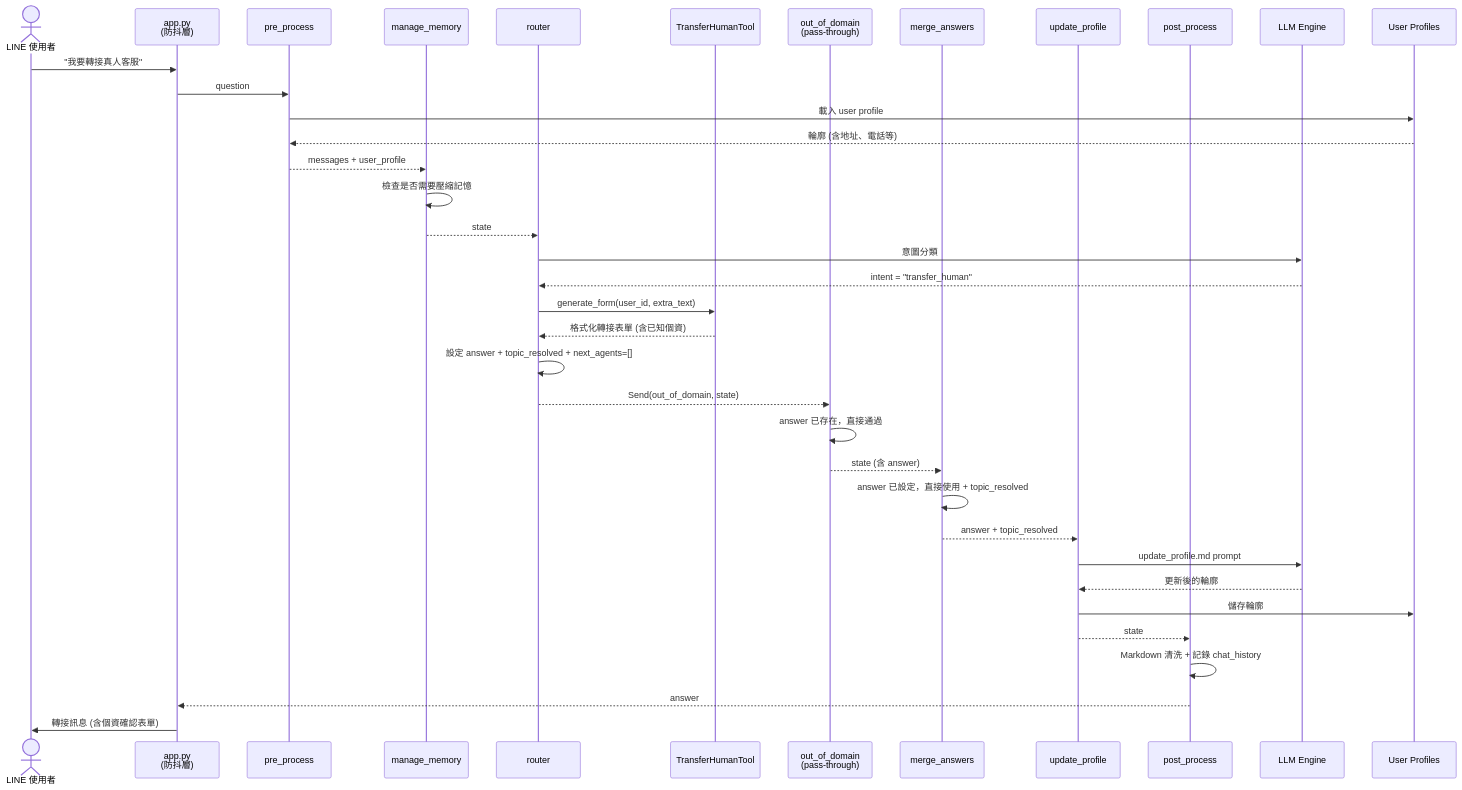
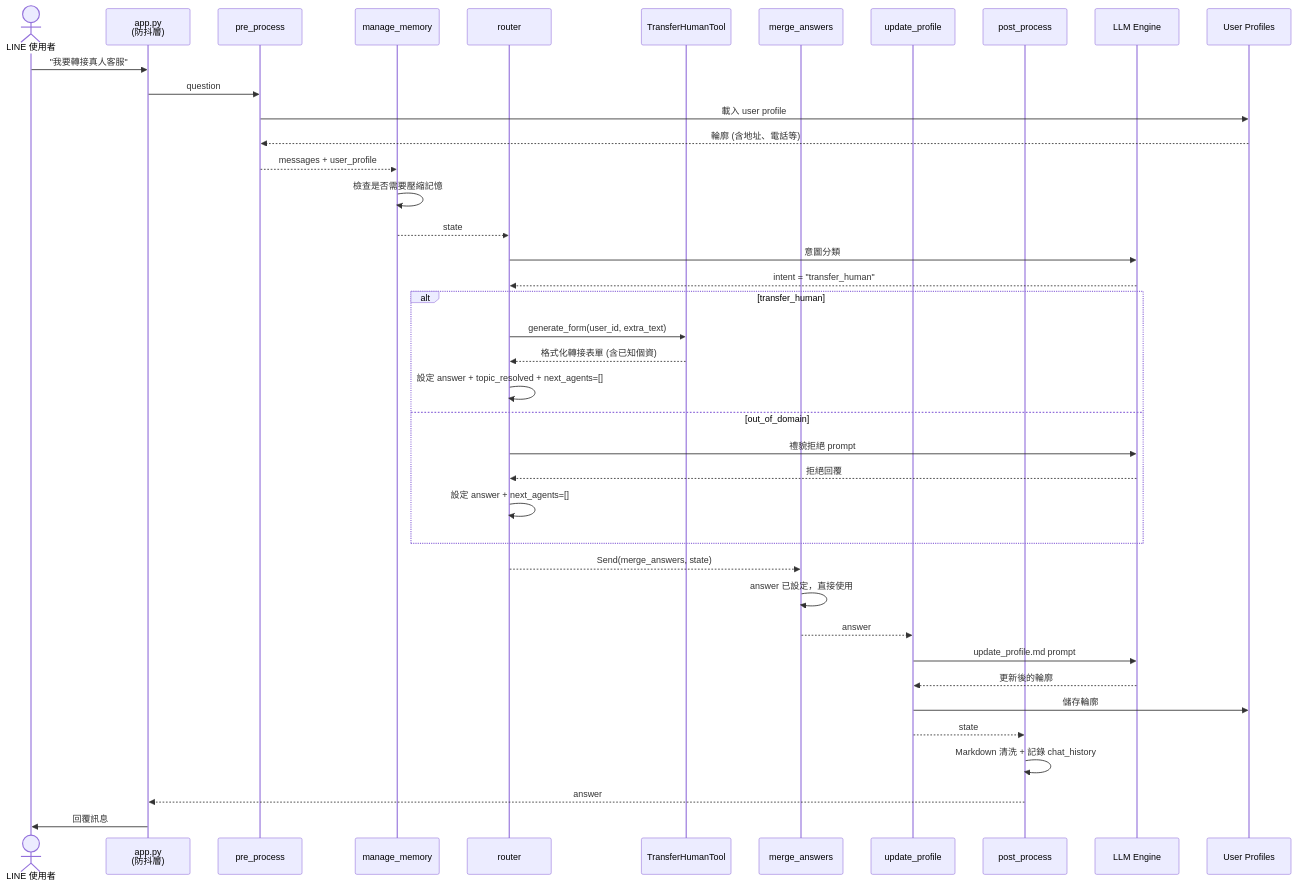
One commit to Imding1211/lock_AI_Agent changed the fourth of 5 diagrams in docs/manuals/系統架構與流程圖.md. Above: the diagram before and after it, drawn with Mermaid. The commit also changed other lines of this file and 3 other files, not shown here.

First line of the commit message:
refactor: 移除 out_of_domain 獨立節點，router 統一處理領域外與轉接真人意圖

````diff
--- a/docs/manuals/系統架構與流程圖.md
+++ b/docs/manuals/系統架構與流程圖.md
@@ -302,47 +300,50 @@
 ```mermaid
 sequenceDiagram
     actor User as LINE 使用者
     participant App as app.py<br/>(防抖層)
     participant PP as pre_process
     participant MM as manage_memory
     participant RT as router
     participant TransferTool as TransferHumanTool
-    participant OOD as out_of_domain<br/>(pass-through)
     participant MA as merge_answers
     participant UP as update_profile
     participant Post as post_process
     participant LLM as LLM Engine
     participant Profile as User Profiles
 
     User->>App: "我要轉接真人客服"
     App->>PP: question
 
     PP->>Profile: 載入 user profile
     Profile-->>PP: 輪廓 (含地址、電話等)
     PP-->>MM: messages + user_profile
 
     MM->>MM: 檢查是否需要壓縮記憶
     MM-->>RT: state
 
     RT->>LLM: 意圖分類
     LLM-->>RT: intent = "transfer_human"
-    RT->>TransferTool: generate_form(user_id, extra_text)
-    TransferTool-->>RT: 格式化轉接表單 (含已知個資)
-    RT->>RT: 設定 answer + topic_resolved + next_agents=[]
 
-    RT-->>OOD: Send(out_of_domain, state)
-    OOD->>OOD: answer 已存在，直接通過
+    alt transfer_human
+        RT->>TransferTool: generate_form(user_id, extra_text)
+        TransferTool-->>RT: 格式化轉接表單 (含已知個資)
+        RT->>RT: 設定 answer + topic_resolved + next_agents=[]
+    else out_of_domain
+        RT->>LLM: 禮貌拒絕 prompt
+        LLM-->>RT: 拒絕回覆
+        RT->>RT: 設定 answer + next_agents=[]
+    end
 
-    OOD-->>MA: state (含 answer)
-    MA->>MA: answer 已設定，直接使用 + topic_resolved
+    RT-->>MA: Send(merge_answers, state)
+    MA->>MA: answer 已設定，直接使用
 
-    MA-->>UP: answer + topic_resolved
+    MA-->>UP: answer
     UP->>LLM: update_profile.md prompt
     LLM-->>UP: 更新後的輪廓
     UP->>Profile: 儲存輪廓
 
     UP-->>Post: state
     Post->>Post: Markdown 清洗 + 記錄 chat_history
     Post-->>App: answer
-    App->>User: 轉接訊息 (含個資確認表單)
+    App->>User: 回覆訊息
 ```
````
